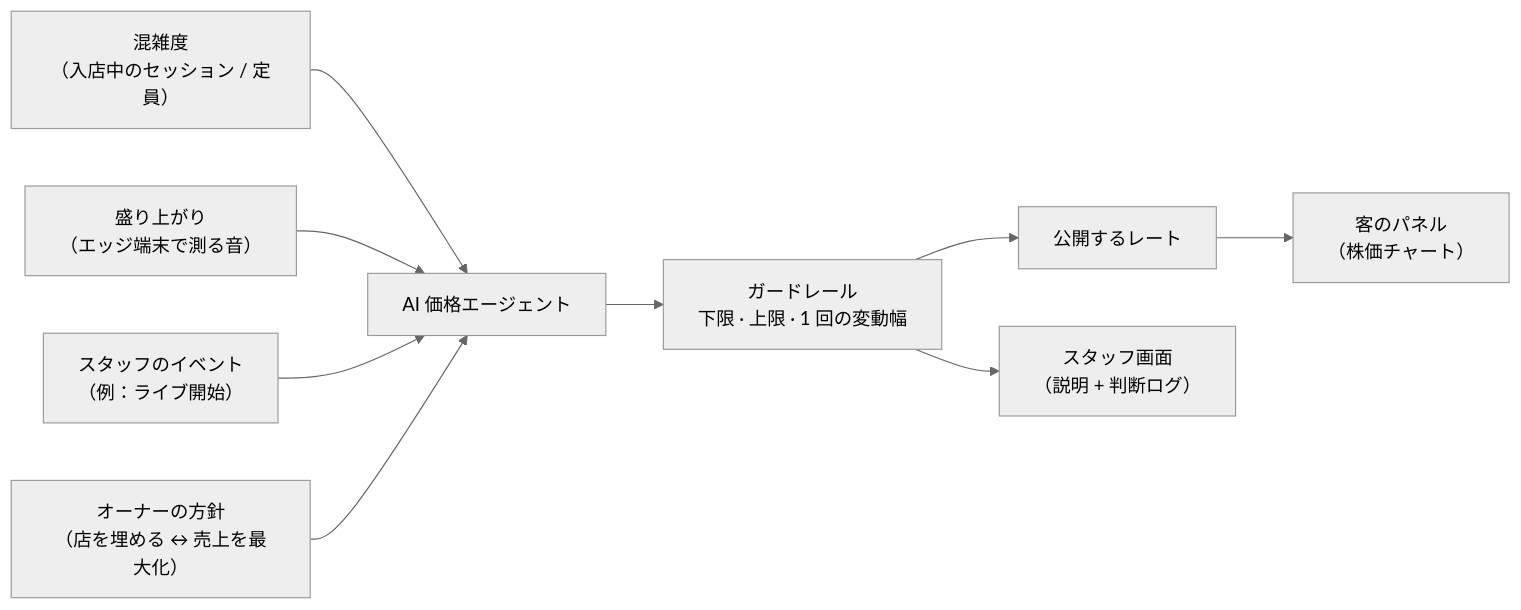
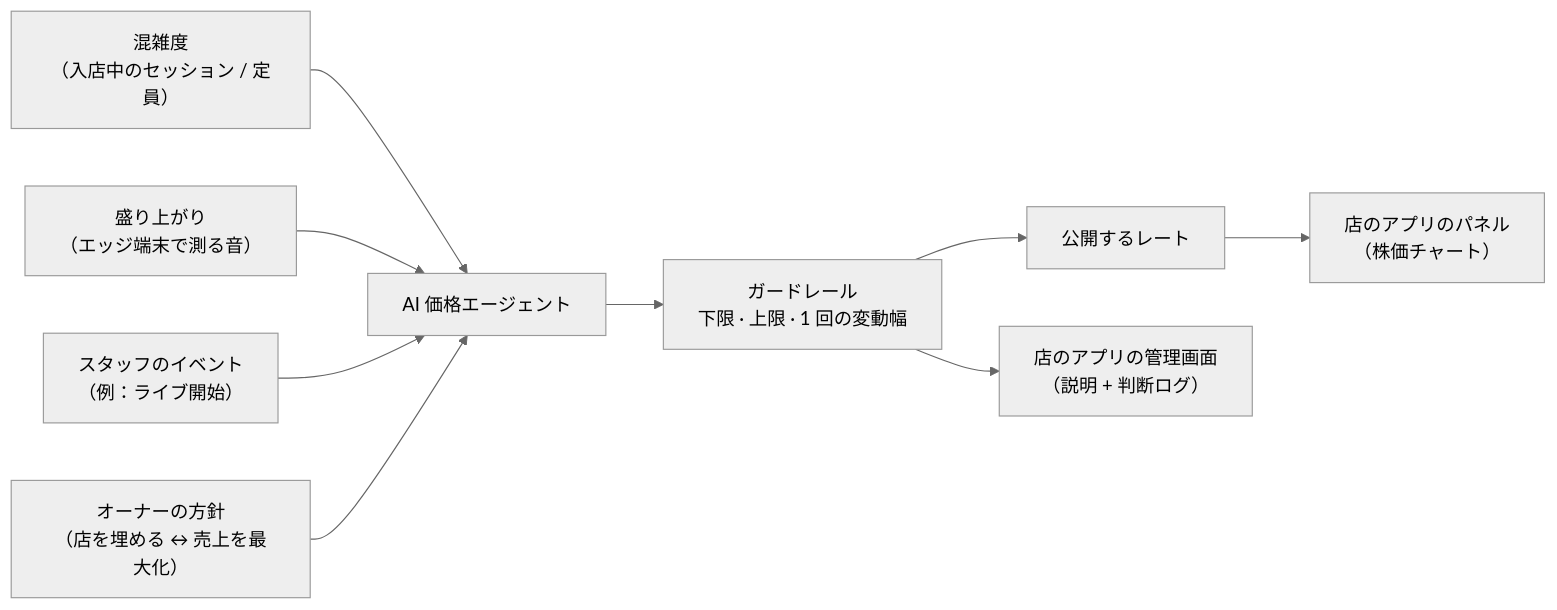
Before and after one commit to sumiredc/barpay: the second of 4 diagrams in PRD.ja.md, drawn with Mermaid (neutral theme). The commit also changed other lines of this file and 1 other file, not shown here.

````diff
--- a/PRD.ja.md
+++ b/PRD.ja.md
@@ -81,11 +95,11 @@
 ```mermaid
 flowchart LR
   S1["混雑度<br/>（入店中のセッション / 定員）"] --> AI
   S2["盛り上がり<br/>（エッジ端末で測る音）"] --> AI
   S4["スタッフのイベント<br/>（例：ライブ開始）"] --> AI
   Goal["オーナーの方針<br/>（店を埋める ↔ 売上を最大化）"] --> AI
   AI["AI 価格エージェント"] --> G["ガードレール<br/>下限 · 上限 · 1 回の変動幅"]
   G --> P["公開するレート"]
-  P --> C["客のパネル<br/>（株価チャート）"]
-  G --> D["スタッフ画面<br/>（説明 + 判断ログ）"]
+  P --> C["店のアプリのパネル<br/>（株価チャート）"]
+  G --> D["店のアプリの管理画面<br/>（説明 + 判断ログ）"]
 ```
````
